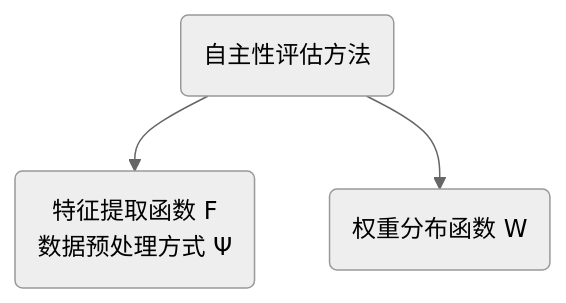
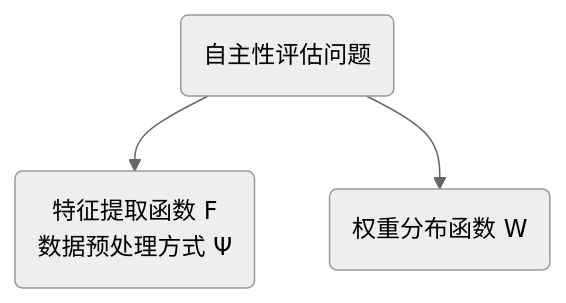
One commit to emolake/iodraw-files changed the diagram in all/未命名-1.md. Above: the diagram before and after it, drawn with Mermaid (neutral theme).

Commit message:
2026-05-27 10:36:04 update

````diff
--- a/all/未命名-1.md
+++ b/all/未命名-1.md
@@ -1,15 +1,15 @@
 ```mermaid
 graph TB
     %% 根节点
-    A("自主性评估方法")
+    A("自主性评估问题")
 
     %% 子任务 1 分支
     B("特征提取函数 F<br>数据预处理方式 &Psi;")
 
     %% 子任务 2 分支
     C("权重分布函数 W<br>")
 
     %% 连接
     A --> B
     A --> C
 ```
````
